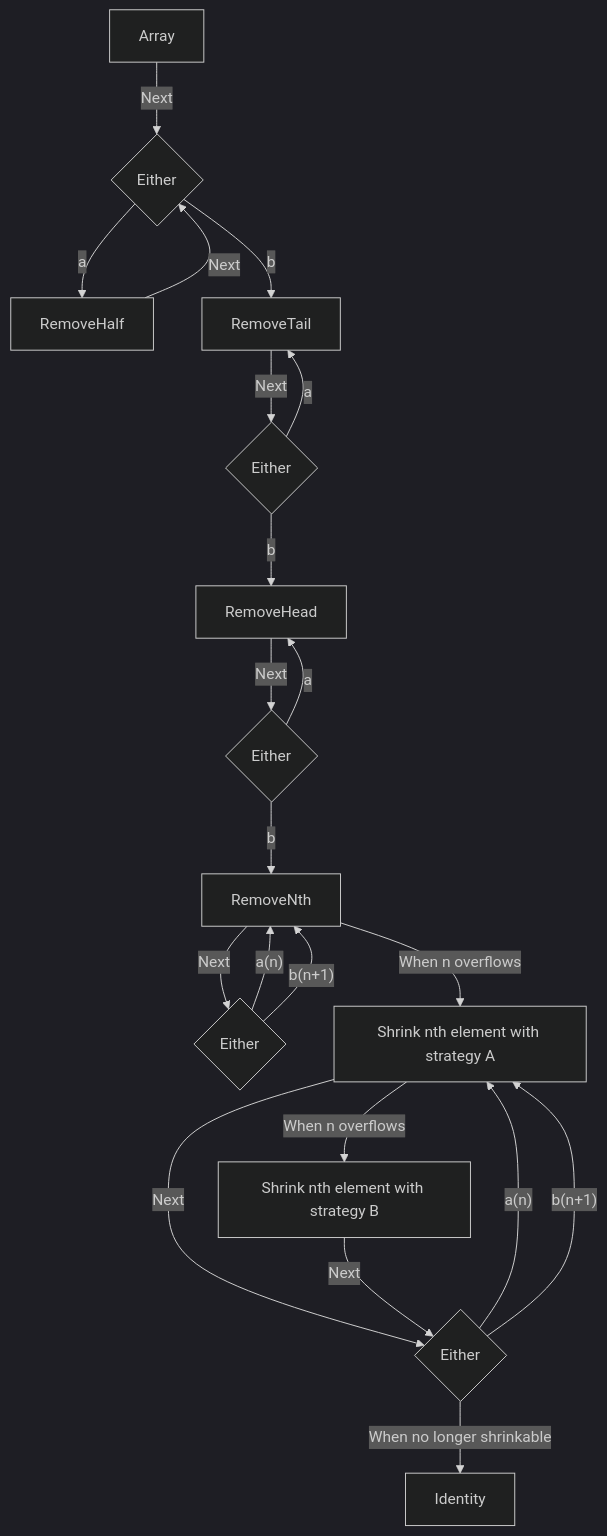
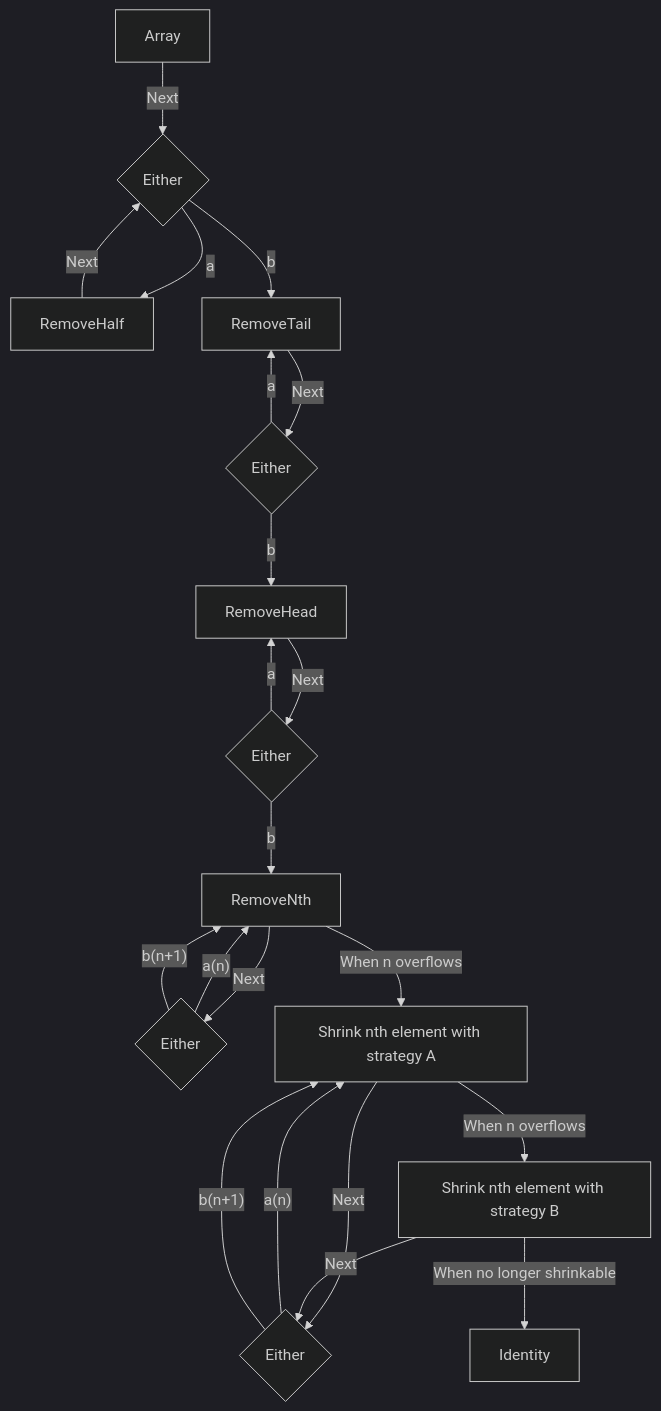
Before and after one commit to Innmind/BlackBox: the diagram in documentation/internals/shrinking.md, drawn with Mermaid (dark theme).

Commit message:
fix who calls the identity when shrinking

````diff
--- a/documentation/internals/shrinking.md
+++ b/documentation/internals/shrinking.md
@@ -5,23 +5,23 @@
 ```mermaid
 graph TB
     Array -->|Next| RecursiveHalf{Either}
     RecursiveHalf -->|a| RemoveHalf
     RecursiveHalf -->|b| RemoveTail
     RemoveHalf -->|Next| RecursiveHalf
     RemoveTail -->|Next| RecursiveTail{Either}
     RecursiveTail -->|a| RemoveTail
     RecursiveTail -->|b| RemoveHead
     RemoveHead -->|Next| RecursiveHead{Either}
     RecursiveHead -->|a| RemoveHead
     RecursiveHead -->|b| RemoveNth
     RemoveNth -->|Next| RecursiveNth{Either}
     RecursiveNth -->|"a(n)"| RemoveNth
     RecursiveNth -->|"b(n+1)"| RemoveNth
     RemoveNth -->|When n overflows| ShrinkANth[Shrink nth element with strategy A]
     ShrinkANth -->|Next| RecursiveNthShrink{Either}
     RecursiveNthShrink -->|"a(n)"| ShrinkANth
     RecursiveNthShrink -->|"b(n+1)"| ShrinkANth
     ShrinkANth -->|When n overflows| ShrinkBNth[Shrink nth element with strategy B]
     ShrinkBNth -->|Next| RecursiveNthShrink
-    RecursiveNthShrink -->|When no longer shrinkable| Identity
+    ShrinkBNth -->|When no longer shrinkable| Identity
 ```
````
